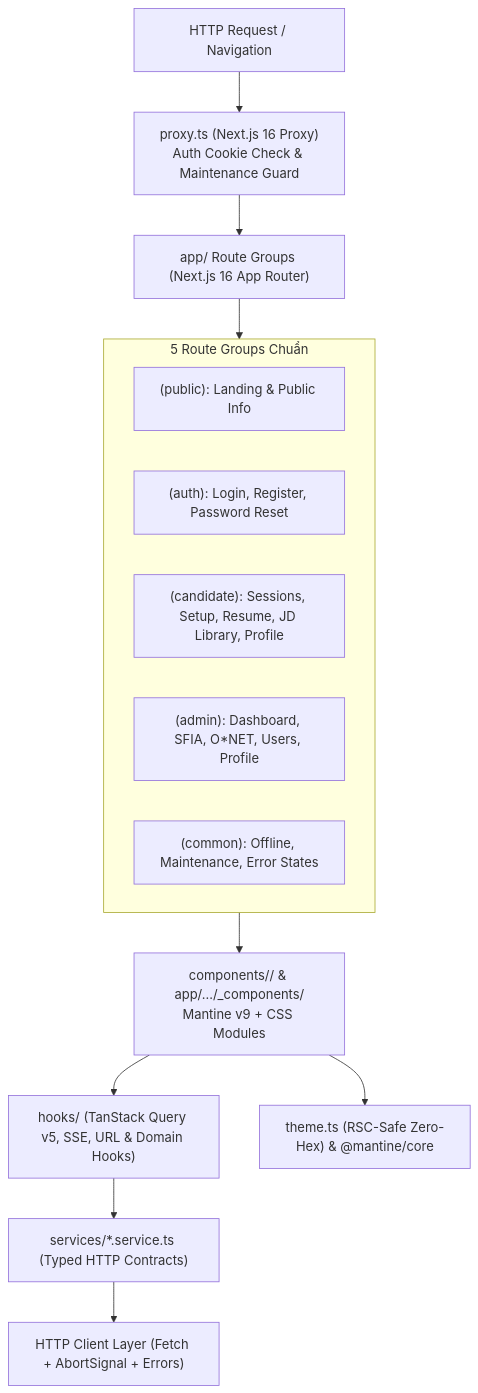
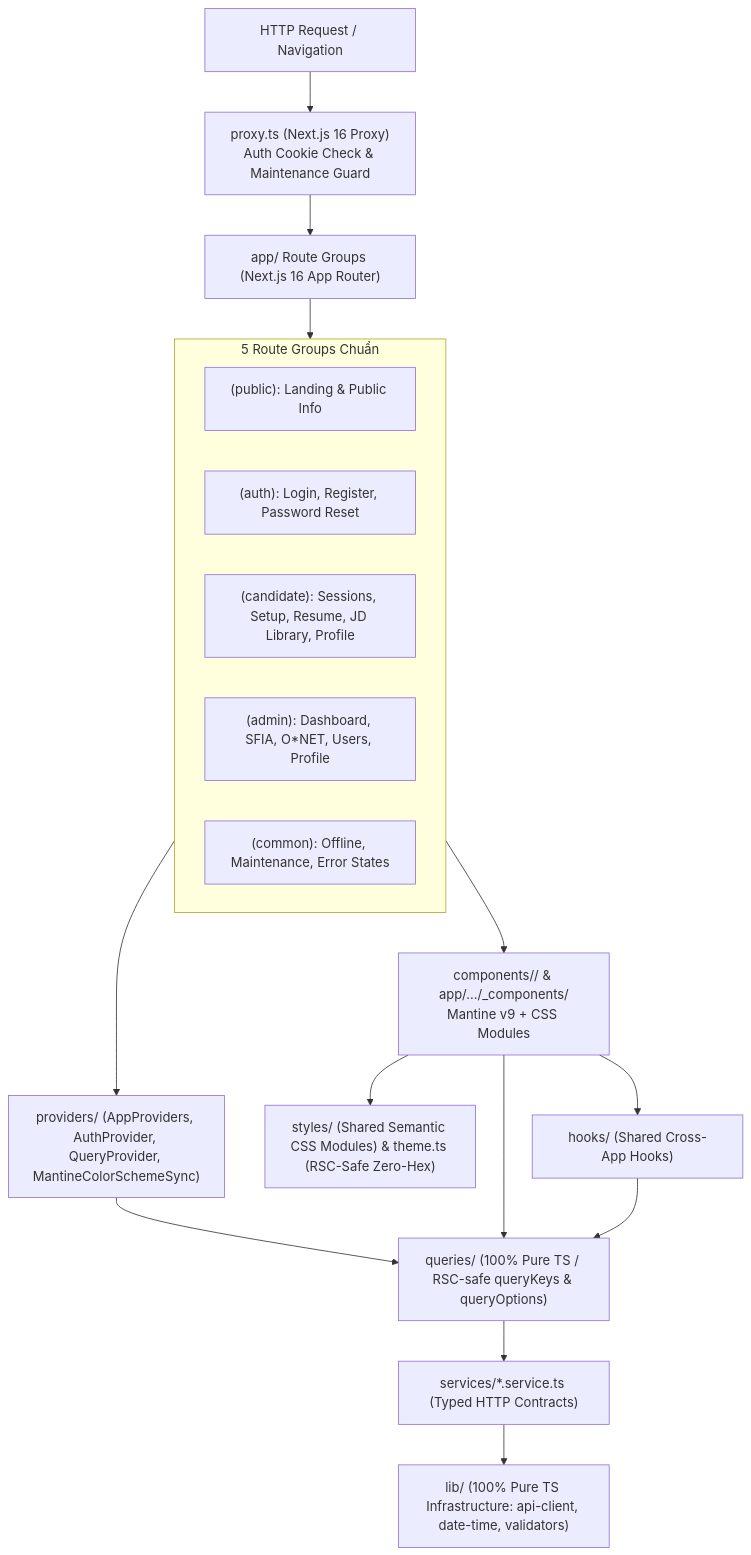
Before and after one commit to lethanhan01/interview-coach: the diagram in client/docs/docs/01-foundations/architecture-and-structure.md, drawn with Mermaid. The commit also changed other lines of this file and 365 other files, not shown here.

````diff
--- a/client/docs/docs/01-foundations/architecture-and-structure.md
+++ b/client/docs/docs/01-foundations/architecture-and-structure.md
@@ -34,20 +34,24 @@
 ```mermaid
 flowchart TD
     REQ["HTTP Request / Navigation"] --> PROXY["proxy.ts (Next.js 16 Proxy)<br/>Auth Cookie Check & Maintenance Guard"]
     PROXY --> APP["app/ Route Groups (Next.js 16 App Router)"]
 
     subgraph GROUPS ["5 Route Groups Chuẩn"]
         G1["(public): Landing & Public Info"]
         G2["(auth): Login, Register, Password Reset"]
         G3["(candidate): Sessions, Setup, Resume, JD Library, Profile"]
         G4["(admin): Dashboard, SFIA, O*NET, Users, Profile"]
         G5["(common): Offline, Maintenance, Error States"]
     end
 
     APP --> GROUPS
+    GROUPS --> PROV["providers/ (AppProviders, AuthProvider, QueryProvider, MantineColorSchemeSync)"]
     GROUPS --> UI["components/<domain>/ & app/.../_components/<br/>Mantine v9 + CSS Modules"]
-    UI --> HOOKS["hooks/ (TanStack Query v5, SSE, URL & Domain Hooks)"]
-    HOOKS --> SVC["services/*.service.ts (Typed HTTP Contracts)"]
-    SVC --> API["HTTP Client Layer (Fetch + AbortSignal + Errors)"]
-    UI --> THEME["theme.ts (RSC-Safe Zero-Hex) & @mantine/core"]
+    UI --> STYLES["styles/ (Shared Semantic CSS Modules) & theme.ts (RSC-Safe Zero-Hex)"]
+    PROV --> QUERIES["queries/ (100% Pure TS / RSC-safe queryKeys & queryOptions)"]
+    UI --> HOOKS["hooks/ (Shared Cross-App Hooks)"]
+    UI --> QUERIES
+    HOOKS --> QUERIES
+    QUERIES --> SVC["services/*.service.ts (Typed HTTP Contracts)"]
+    SVC --> API["lib/ (100% Pure TS Infrastructure: api-client, date-time, validators)"]
 ```
````
